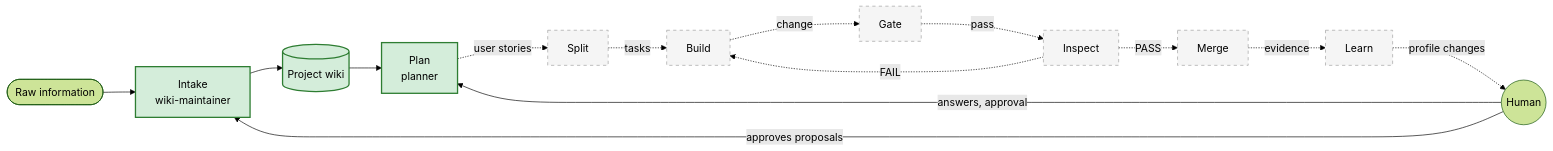
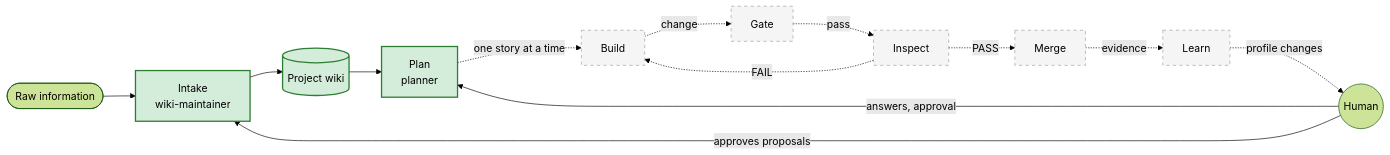
The diagram in docs/factory.md (juancrfig/ergon), drawn with Mermaid (forest theme) before and after one commit. The commit also changed 6 other files, not shown here.

Commit message:
ADR 0022 no Split node yet; ADR 0023 Build design; story order is build order

````diff
--- a/docs/factory.md
+++ b/docs/factory.md
@@ -8,21 +8,20 @@
 ```mermaid
 flowchart LR
     raw([Raw information]) --> intake
     intake[Intake<br/>wiki-maintainer] --> wiki[(Project wiki)]
     wiki --> plan
     human((Human)) -- answers, approval --> plan
-    plan[Plan<br/>planner] -. user stories .-> split[Split]
-    split -. tasks .-> build[Build]
+    plan[Plan<br/>planner] -. one story at a time .-> build[Build]
     build -. change .-> gate[Gate]
     gate -. pass .-> inspect[Inspect]
     inspect -. PASS .-> merge[Merge]
     inspect -. FAIL .-> build
     merge -. evidence .-> learn[Learn]
     learn -. profile changes .-> human
     human -- approves proposals --> intake
 
     classDef built fill:#d4edda,stroke:#2e7d32,stroke-width:2px;
     classDef todo fill:#f5f5f5,stroke:#9e9e9e,stroke-dasharray:5 5;
     class intake,wiki,plan built;
-    class split,build,gate,inspect,merge,learn todo;
+    class build,gate,inspect,merge,learn todo;
 ```
````
